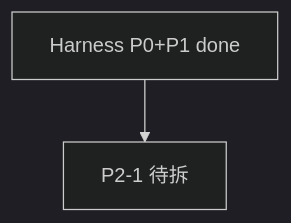
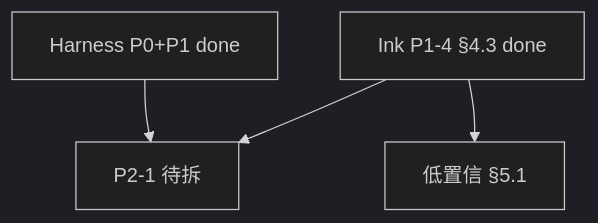
The second of 2 diagrams in docs/tasks/RECENT_TASK_SCHEDULE.md (Cyning12/ai-ink-brain-api-python), drawn with Mermaid (dark theme) before and after one commit. The commit also changed other lines of this file, not shown here.

Commit message:
docs(tasks): 排期 §2 补回 P1-4 烟测与 P3 chain events 行

````diff
--- a/docs/tasks/RECENT_TASK_SCHEDULE.md
+++ b/docs/tasks/RECENT_TASK_SCHEDULE.md
@@ -172,4 +174,6 @@
 ```mermaid
 flowchart TD
   HAR[Harness P0+P1 done] --> P21[P2-1 待拆]
+  P1FE[Ink P1-4 §4.3 done] --> LC[低置信 §5.1]
+  P1FE --> P21
 ```
````
